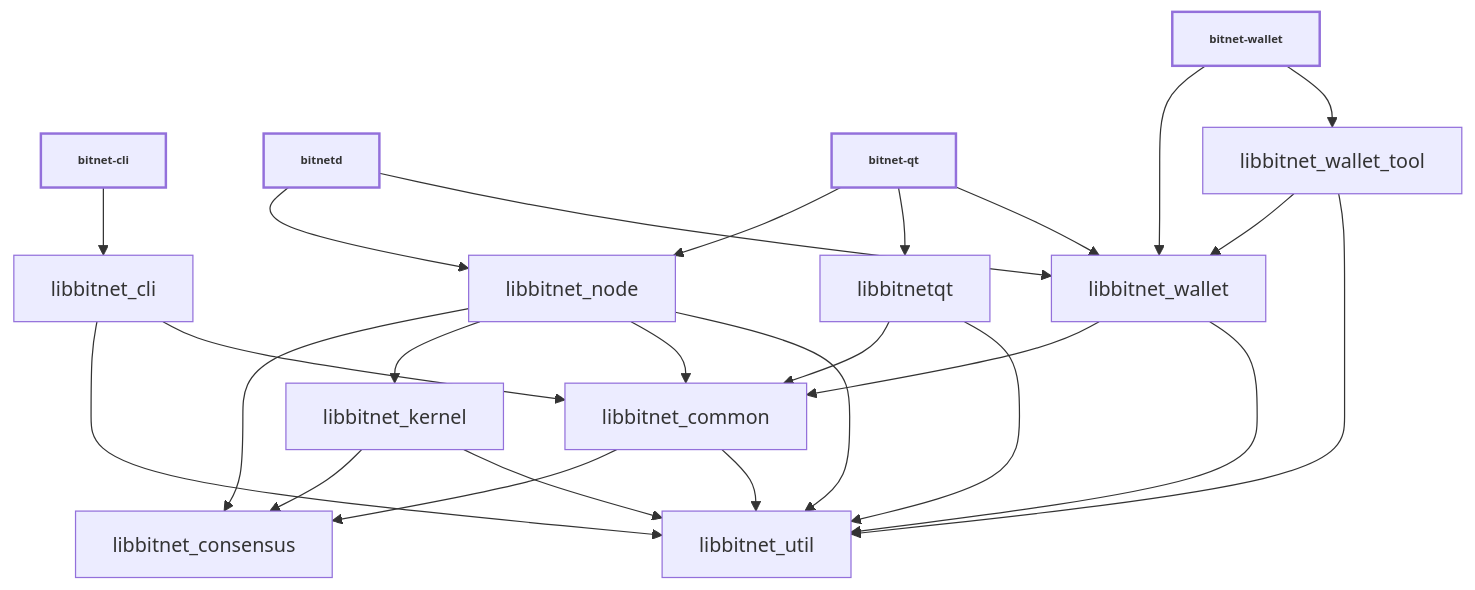
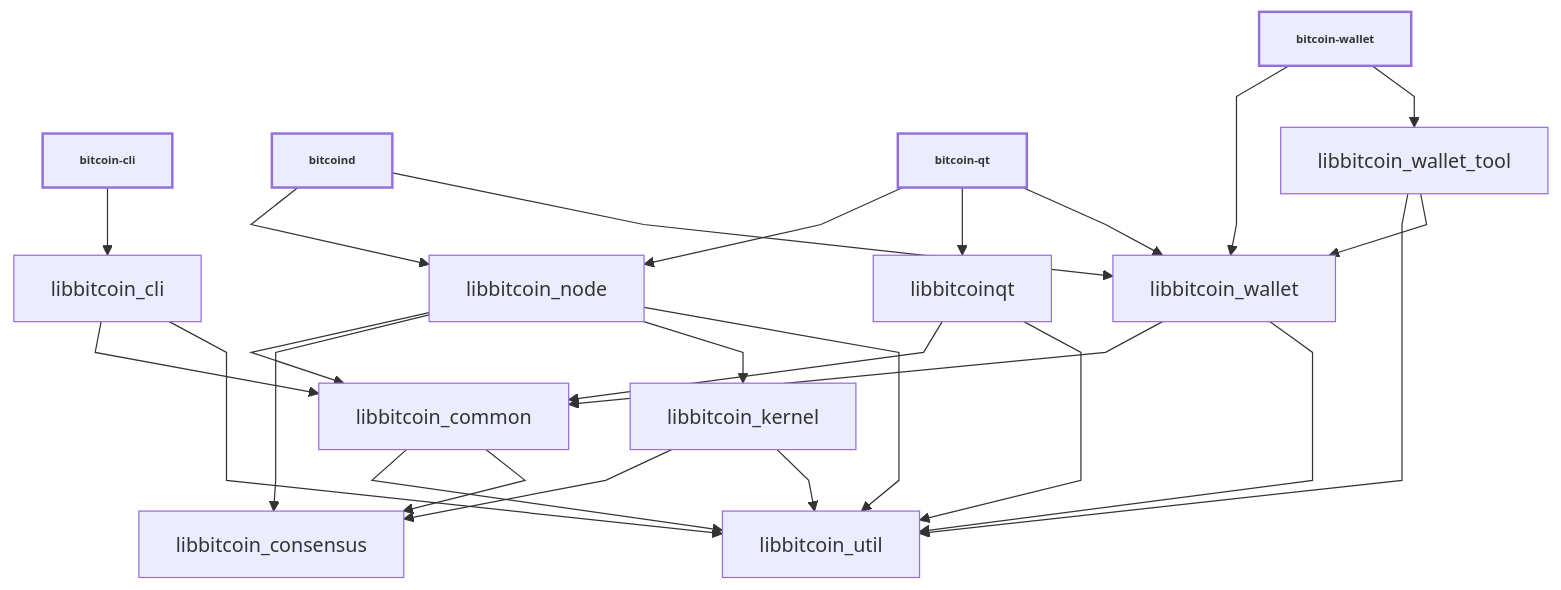
The diagram in doc/design/libraries.md (bitnet-io/bitnet-core), drawn with Mermaid before and after one commit. The commit also changed other lines of this file and 2752 other files, not shown here.

````diff
--- a/doc/design/libraries.md
+++ b/doc/design/libraries.md
@@ -36,44 +36,44 @@
 ```mermaid
 
-%%{ init : { "flowchart" : { "curve" : "basis" }}}%%
+%%{ init : { "flowchart" : { "curve" : "linear" }}}%%
 
 graph TD;
 
-bitnet-cli[bitnet-cli]-->libbitnet_cli;
+bitcoin-cli[bitcoin-cli]-->libbitcoin_cli;
 
-bitnetd[bitnetd]-->libbitnet_node;
-bitnetd[bitnetd]-->libbitnet_wallet;
+bitcoind[bitcoind]-->libbitcoin_node;
+bitcoind[bitcoind]-->libbitcoin_wallet;
 
-bitnet-qt[bitnet-qt]-->libbitnet_node;
-bitnet-qt[bitnet-qt]-->libbitnetqt;
-bitnet-qt[bitnet-qt]-->libbitnet_wallet;
+bitcoin-qt[bitcoin-qt]-->libbitcoin_node;
+bitcoin-qt[bitcoin-qt]-->libbitcoinqt;
+bitcoin-qt[bitcoin-qt]-->libbitcoin_wallet;
 
-bitnet-wallet[bitnet-wallet]-->libbitnet_wallet;
-bitnet-wallet[bitnet-wallet]-->libbitnet_wallet_tool;
+bitcoin-wallet[bitcoin-wallet]-->libbitcoin_wallet;
+bitcoin-wallet[bitcoin-wallet]-->libbitcoin_wallet_tool;
 
-libbitnet_cli-->libbitnet_util;
-libbitnet_cli-->libbitnet_common;
+libbitcoin_cli-->libbitcoin_common;
+libbitcoin_cli-->libbitcoin_util;
 
-libbitnet_common-->libbitnet_consensus;
-libbitnet_common-->libbitnet_util;
+libbitcoin_common-->libbitcoin_util;
+libbitcoin_common-->libbitcoin_consensus;
 
-libbitnet_kernel-->libbitnet_consensus;
-libbitnet_kernel-->libbitnet_util;
+libbitcoin_kernel-->libbitcoin_consensus;
+libbitcoin_kernel-->libbitcoin_util;
 
-libbitnet_node-->libbitnet_consensus;
-libbitnet_node-->libbitnet_kernel;
-libbitnet_node-->libbitnet_common;
-libbitnet_node-->libbitnet_util;
+libbitcoin_node-->libbitcoin_common;
+libbitcoin_node-->libbitcoin_consensus;
+libbitcoin_node-->libbitcoin_kernel;
+libbitcoin_node-->libbitcoin_util;
 
-libbitnetqt-->libbitnet_common;
-libbitnetqt-->libbitnet_util;
+libbitcoinqt-->libbitcoin_common;
+libbitcoinqt-->libbitcoin_util;
 
-libbitnet_wallet-->libbitnet_common;
-libbitnet_wallet-->libbitnet_util;
+libbitcoin_wallet-->libbitcoin_common;
+libbitcoin_wallet-->libbitcoin_util;
 
-libbitnet_wallet_tool-->libbitnet_wallet;
-libbitnet_wallet_tool-->libbitnet_util;
+libbitcoin_wallet_tool-->libbitcoin_util;
+libbitcoin_wallet_tool-->libbitcoin_wallet;
 
 classDef bold stroke-width:2px, font-weight:bold, font-size: smaller;
-class bitnet-qt,bitnetd,bitnet-cli,bitnet-wallet bold
+class bitcoin-qt,bitcoind,bitcoin-cli,bitcoin-wallet bold
 ```
````
